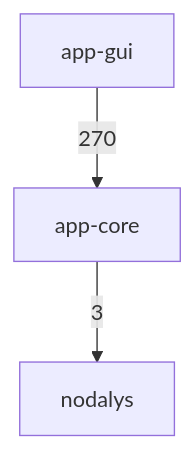
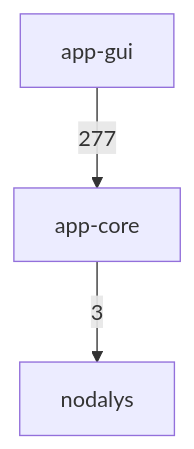
One commit to ronnymilleo/imcsim changed the first of 3 diagrams in docs/architecture.md. Above: the diagram before and after it, drawn with Mermaid. The commit also changed other lines of this file, not shown here.

Commit message:
Update architecture include diagram

````diff
--- a/docs/architecture.md
+++ b/docs/architecture.md
@@ -22,8 +22,8 @@
 ```mermaid
 flowchart TD
     app_gui[app-gui]
     app_core[app-core]
     nodalys[nodalys]
     app_core -->|3| nodalys
-    app_gui -->|270| app_core
+    app_gui -->|277| app_core
 ```
````
